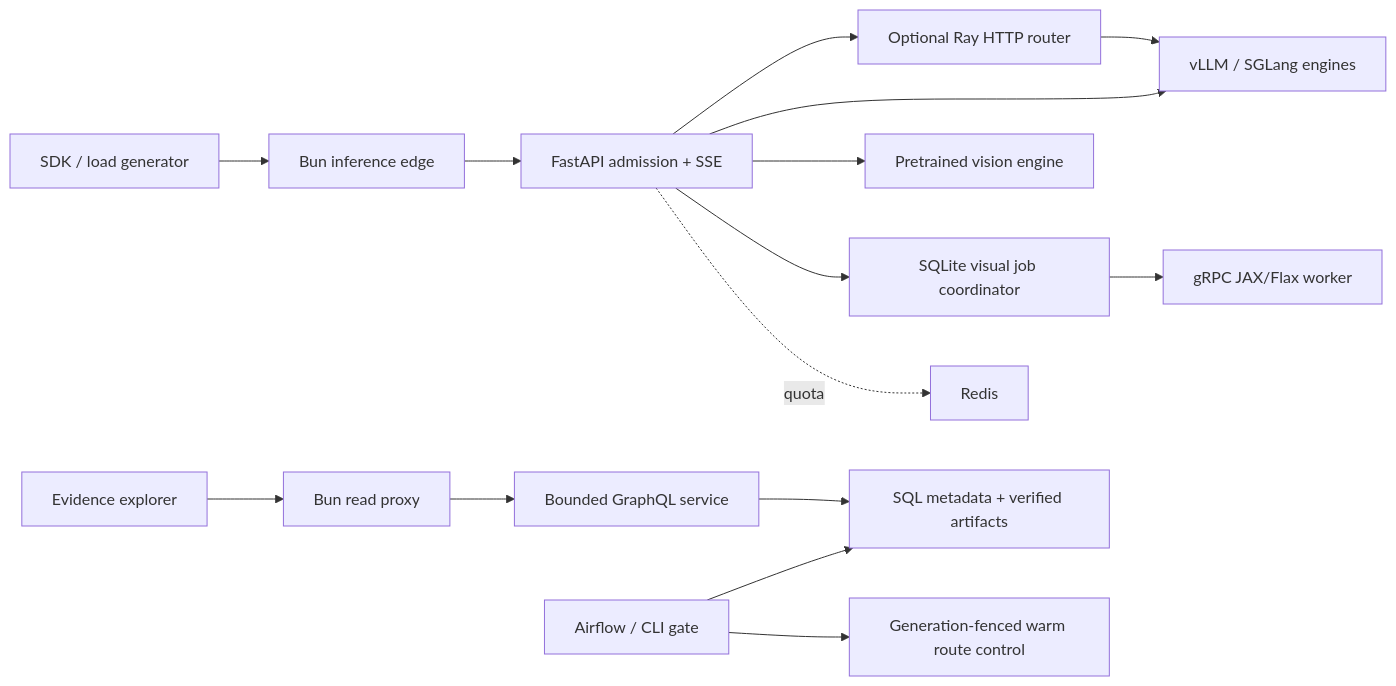
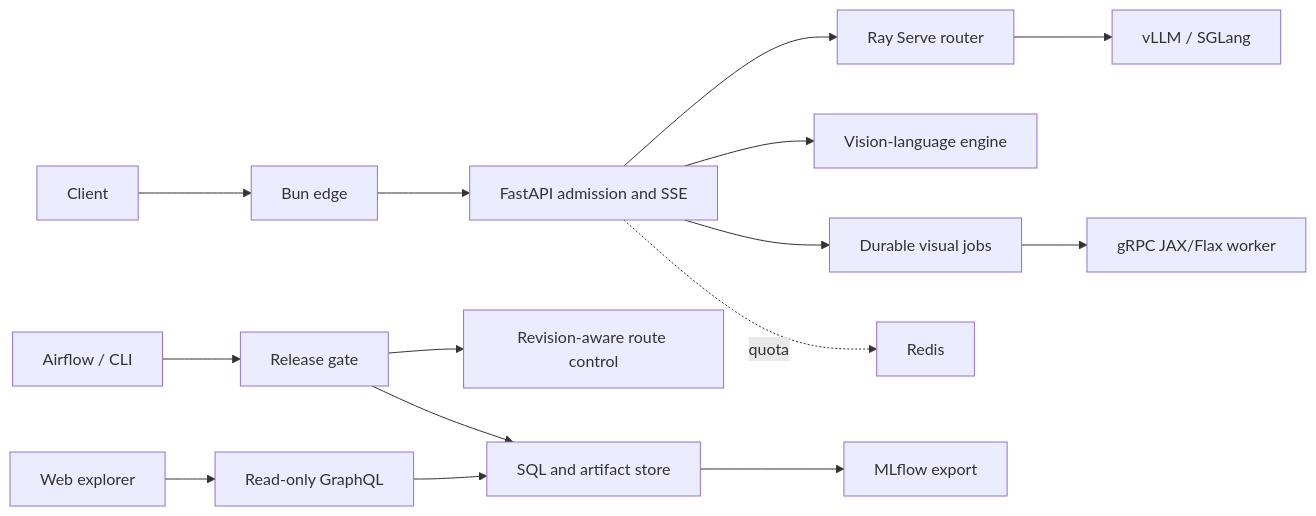
One commit to chinmayarvind23/fin-serve changed the diagram in README.md. Above: the diagram before and after it, drawn with Mermaid. The commit also changed other lines of this file and 78 other files, not shown here.

````diff
--- a/README.md
+++ b/README.md
@@ -85,17 +71,17 @@
 ```mermaid
 flowchart LR
-  Client[SDK / load generator] --> Edge[Bun inference edge]
-  Edge --> API[FastAPI admission + SSE]
-  API --> Ray[Optional Ray HTTP router]
-  Ray --> Text[vLLM / SGLang engines]
-  API --> Text
-  API --> Vision[Pretrained vision engine]
-  API --> Jobs[SQLite visual job coordinator]
-  Jobs --> RPC[gRPC JAX/Flax worker]
-  API -. quota .-> Redis[Redis]
-  Browser[Evidence explorer] --> Web[Bun read proxy]
-  Web --> GraphQL[Bounded GraphQL service]
-  GraphQL --> Catalog[SQL metadata + verified artifacts]
-  Pipeline[Airflow / CLI gate] --> Catalog
-  Pipeline --> Route[Generation-fenced warm route control]
+  Client --> Edge[Bun edge]
+  Edge --> API[FastAPI admission and SSE]
+  API --> Ray[Ray Serve router]
+  Ray --> Engines[vLLM / SGLang]
+  API --> Vision[Vision-language engine]
+  API --> Jobs[Durable visual jobs]
+  Jobs --> Worker[gRPC JAX/Flax worker]
+  API -. quota .-> Redis
+  Airflow[Airflow / CLI] --> Gate[Release gate]
+  Gate --> Route[Revision-aware route control]
+  Gate --> Store[SQL and artifact store]
+  Store --> MLflow[MLflow export]
+  Explorer[Web explorer] --> GraphQL[Read-only GraphQL]
+  GraphQL --> Store
 ```
````
